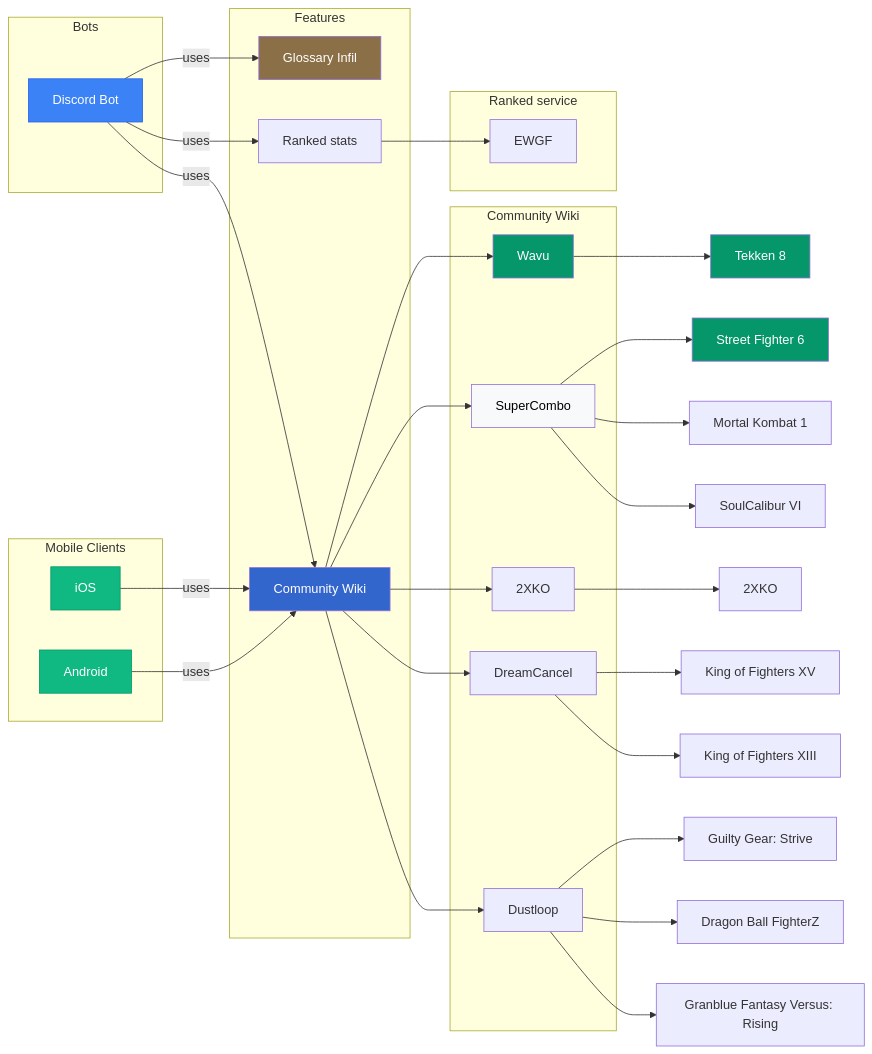
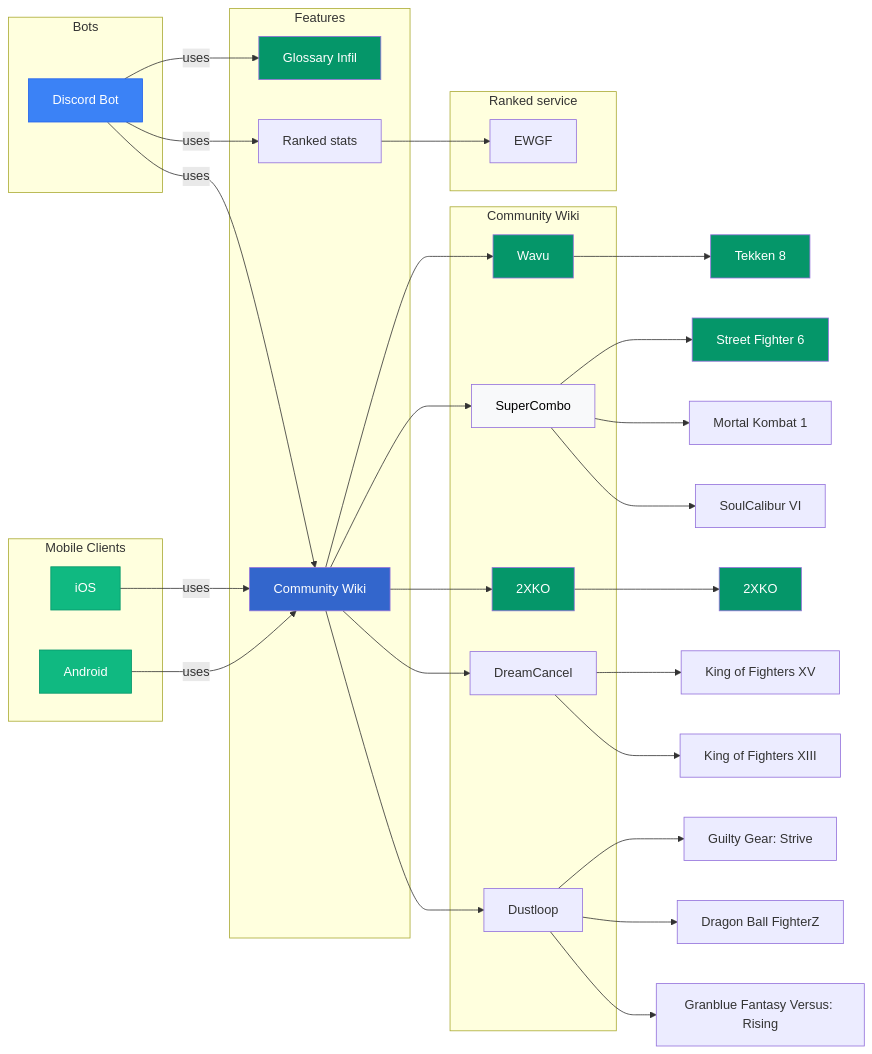
Before and after one commit to Sophon/FightingNerd: the diagram in mermaid/modules.mmd, drawn with Mermaid. The commit also changed 1 other file, not shown here.

```diff
--- a/mermaid/modules.mmd
+++ b/mermaid/modules.mmd
@@ -1,64 +1,66 @@
 graph LR
     subgraph Bots
         discordBot[Discord Bot]
     end
 
     subgraph "Mobile Clients"
         android[Android]
         iOS[iOS]
     end
 
     subgraph Features
         glossaryInfil[Glossary Infil]
         communityWiki[Community Wiki]
         elo[Ranked stats]
     end
 
     subgraph Community Wiki
         wikiWavu[Wavu]
         supercombo[SuperCombo]
         2xko[2XKO]
         dustloop[Dustloop]
         dreamcancel[DreamCancel]
     end
 
     subgraph Ranked service
         ewgf[EWGF]
     end
 
     android -->|uses| communityWiki
     iOS -->|uses| communityWiki
 
     discordBot -->|uses| glossaryInfil
     discordBot -->|uses| communityWiki
     discordBot -->|uses| elo
 
     communityWiki --> wikiWavu
     communityWiki --> supercombo
     communityWiki --> 2xko
     communityWiki --> dreamcancel
     communityWiki --> dustloop
 
     elo --> ewgf
 
     wikiWavu --> t8[Tekken 8]
     supercombo --> sf6[Street Fighter 6]
     supercombo --> mk1[Mortal Kombat 1]
     supercombo --> sc6[SoulCalibur VI]
     dustloop --> ggst[Guilty Gear: Strive]
     dustloop --> dbfz[Dragon Ball FighterZ]
     dustloop --> gbvsr[Granblue Fantasy Versus: Rising]
     2xko --> xko[2XKO]
     dreamcancel --> kof15[King of Fighters XV]
     dreamcancel --> kof13[King of Fighters XIII]
 
 
     style discordBot fill:#3B82F6,stroke:#2563EB,color:#fff
     style android fill:#10B981,stroke:#059669,color:#fff
     style iOS fill:#10B981,stroke:#059669,color:#fff
-    style glossaryInfil fill:#8B6F47,color:#fff
+    style glossaryInfil fill:#059669,color:#fff
     style communityWiki fill:#3366CC,color:#fff
     style wikiWavu fill:#059669,color:#fff
     style supercombo fill:#F8F9FA,color:#000000
+    style 2xko fill:#059669,color:#fff
     style t8 fill:#059669, color:#fff
     style sf6 fill:#059669, color:#fff
+    style xko fill:#059669, color:#fff
```
